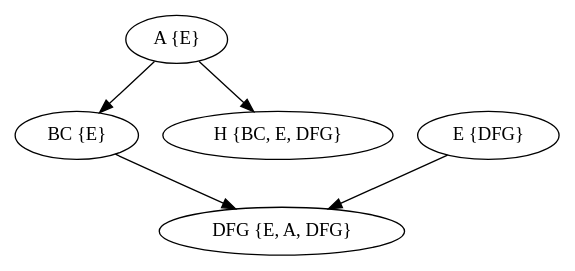
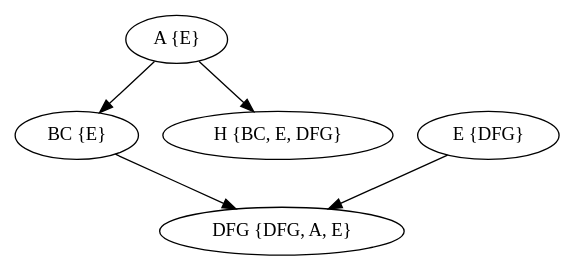
The diagram in output/grafo.dot (GiovA07/Pointer_Analysis), drawn with Graphviz before and after one commit. The commit also changed 4 other files, not shown here.

```diff
--- a/output/grafo.dot
+++ b/output/grafo.dot
@@ -1,12 +1,12 @@
 digraph{
 rankdir=TB;
-DFG [label="DFG {E, A, DFG}"];
+DFG [label="DFG {DFG, A, E}"];
 A [label="A {E}"];
 BC [label="BC {E}"];
 E [label="E {DFG}"];
 H [label="H {BC, E, DFG}"];
 A -> BC;
 A -> H;
 BC -> DFG;
 E -> DFG;
 }
```
